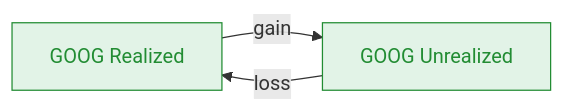
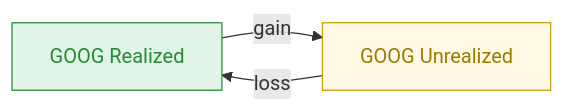
The fourth of 5 diagrams in portfolio-bot/README.md (bkper/bkper-apps), drawn with Mermaid before and after one commit. The commit also changed other lines of this file, not shown here.

````diff
--- a/portfolio-bot/README.md
+++ b/portfolio-bot/README.md
@@ -204,7 +222,8 @@
 ```mermaid
 flowchart LR
-    R["GOOG Realized"]:::incoming -- "gain" --> U["GOOG Unrealized"]:::incoming
+    R["GOOG Realized"]:::incoming -- "gain" --> U["GOOG Unrealized"]:::liability
     U -- "loss" --> R
 
     classDef incoming fill:#e2f3e7,stroke:#228c33,color:#228c33
+    classDef liability fill:#fff9e5,stroke:#c7a008,color:#9a7b00
 ```
````
